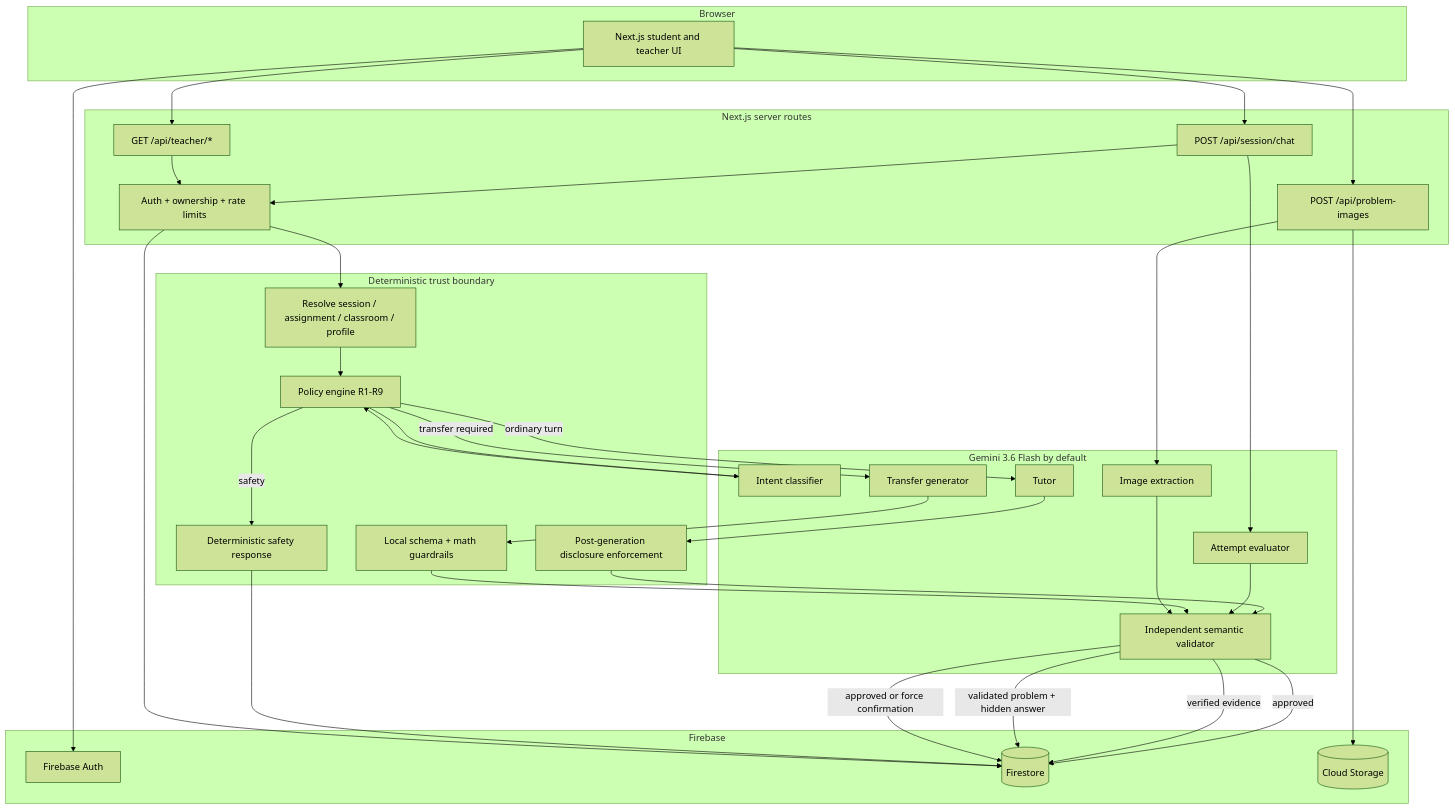
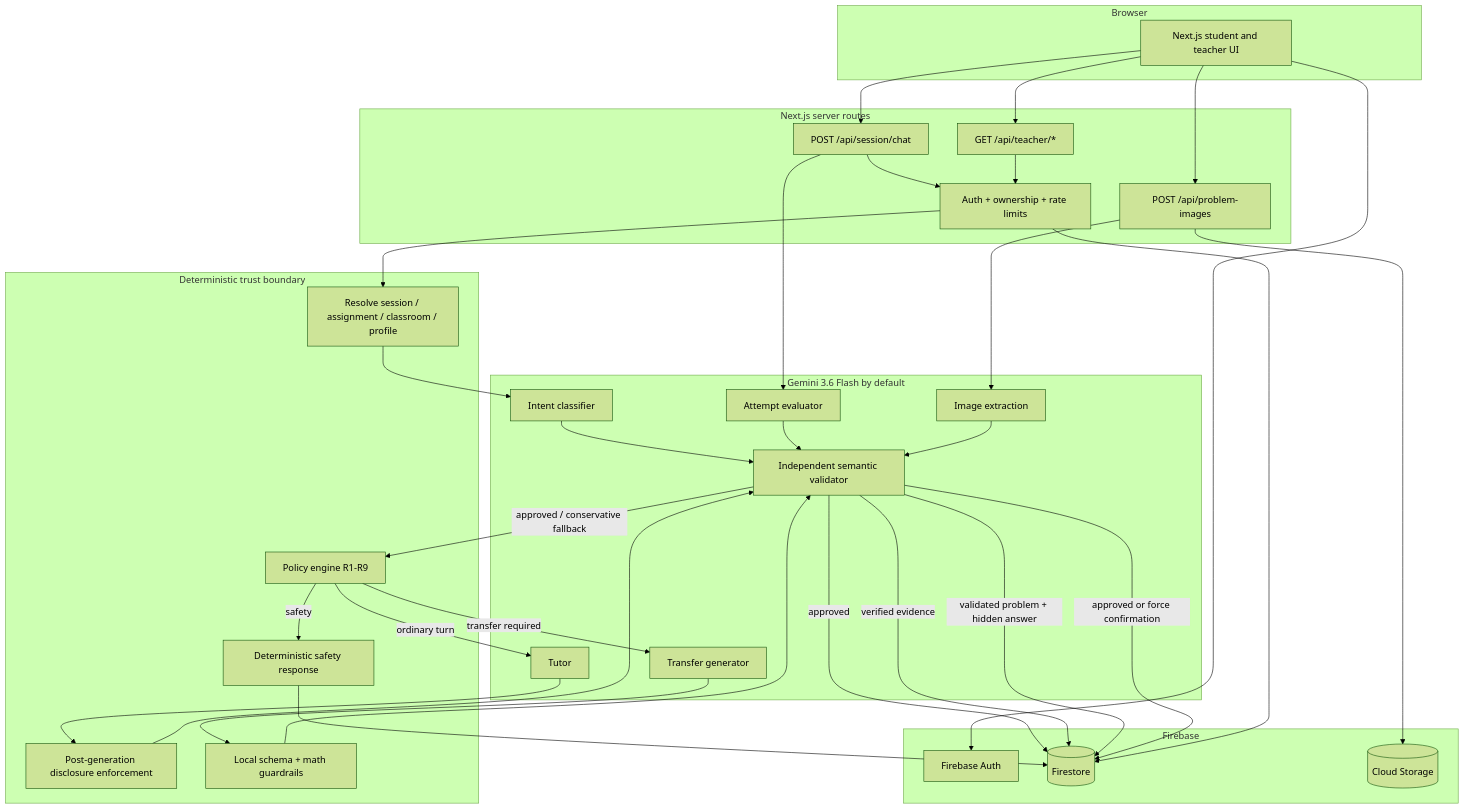
One commit to huythedev/thinkfirst changed the diagram in README.md. Above: the diagram before and after it, drawn with Mermaid (forest theme). The commit also changed other lines of this file, not shown here.

````diff
--- a/README.md
+++ b/README.md
@@ -19,58 +19,58 @@
 ```mermaid
 flowchart TB
     subgraph Browser
         UI[Next.js student and teacher UI]
     end
 
     subgraph Server[Next.js server routes]
         AUTH[Auth + ownership + rate limits]
         CHAT[POST /api/session/chat]
         IMG[POST /api/problem-images]
         TEACH[GET /api/teacher/*]
     end
 
     subgraph Policy[Deterministic trust boundary]
         RESOLVE[Resolve session / assignment / classroom / profile]
         ENGINE[Policy engine R1-R9]
         ENFORCE[Post-generation disclosure enforcement]
         SAFE[Deterministic safety response]
         LOCAL[Local schema + math guardrails]
     end
 
     subgraph Gemini[Gemini 3.6 Flash by default]
         CLS[Intent classifier]
         TUTOR[Tutor]
         EVAL[Attempt evaluator]
         XFER[Transfer generator]
         OCR[Image extraction]
         VERIFY[Independent semantic validator]
     end
 
     subgraph Firebase
         AUTHDB[Firebase Auth]
         FS[(Firestore)]
         STORAGE[(Cloud Storage)]
     end
 
     UI --> AUTHDB
     UI --> CHAT
-    CHAT --> AUTH --> RESOLVE --> ENGINE
-    ENGINE --> CLS
-    CLS --> ENGINE
+    CHAT --> AUTH --> RESOLVE
+    RESOLVE --> CLS --> VERIFY
+    VERIFY -->|approved / conservative fallback| ENGINE
     ENGINE -->|ordinary turn| TUTOR
     TUTOR --> ENFORCE --> VERIFY
     VERIFY -->|approved| FS
 
     CHAT --> EVAL --> VERIFY
     VERIFY -->|verified evidence| FS
 
     ENGINE -->|transfer required| XFER --> LOCAL --> VERIFY
     VERIFY -->|validated problem + hidden answer| FS
 
     UI --> IMG --> OCR --> VERIFY
     VERIFY -->|approved or force confirmation| FS
     IMG --> STORAGE
 
     ENGINE -->|safety| SAFE --> FS
     UI --> TEACH --> AUTH --> FS
 ```
````
